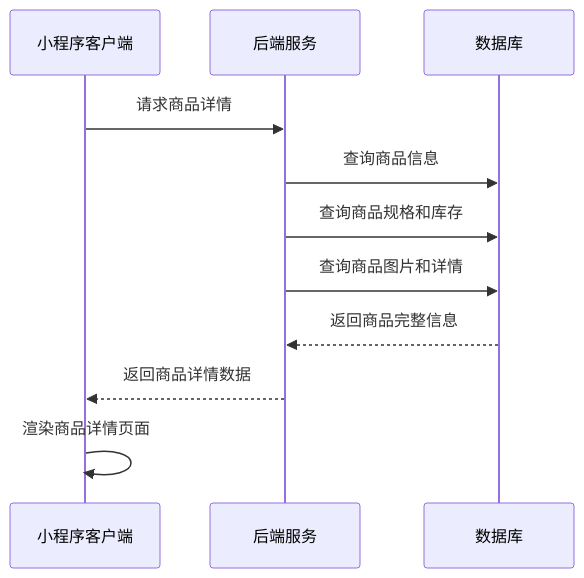
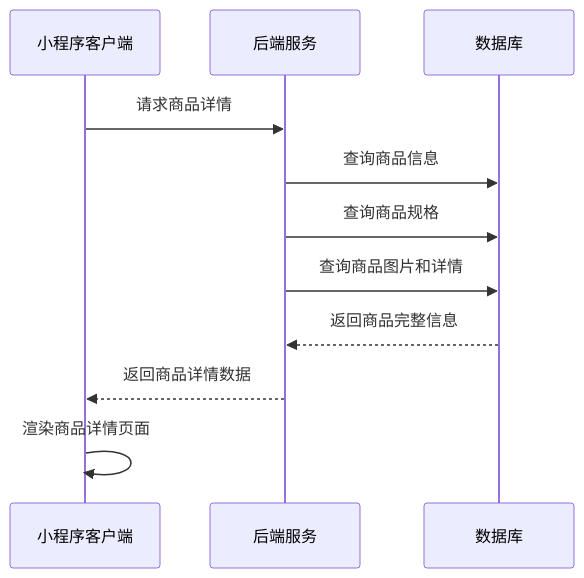
Before and after one commit to Childho/V4: the first of 7 diagrams in api-docs/product-detail.md, drawn with Mermaid. The commit also changed other lines of this file and 2 other files, not shown here.

````diff
--- a/api-docs/product-detail.md
+++ b/api-docs/product-detail.md
@@ -13,13 +13,13 @@
 ```mermaid
 sequenceDiagram
     participant Client as 小程序客户端
     participant Server as 后端服务
     participant DB as 数据库
     Client->>Server: 请求商品详情
     Server->>DB: 查询商品信息
-    Server->>DB: 查询商品规格和库存
+    Server->>DB: 查询商品规格
     Server->>DB: 查询商品图片和详情
     DB-->>Server: 返回商品完整信息
     Server-->>Client: 返回商品详情数据
     Client->>Client: 渲染商品详情页面
 ```
````
